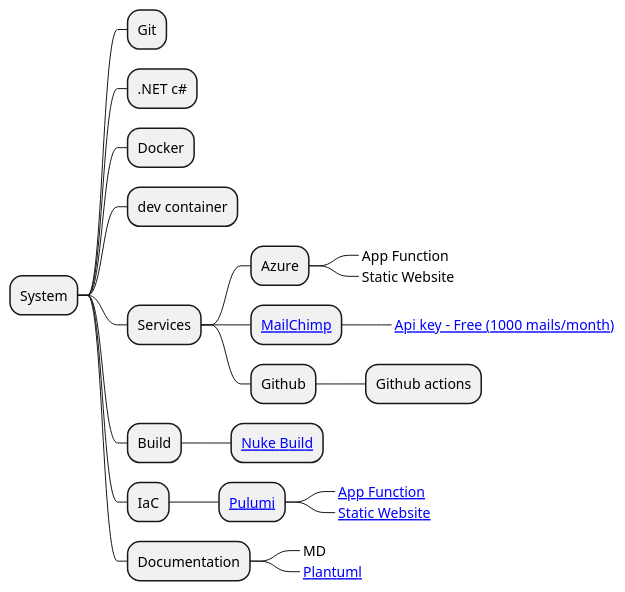
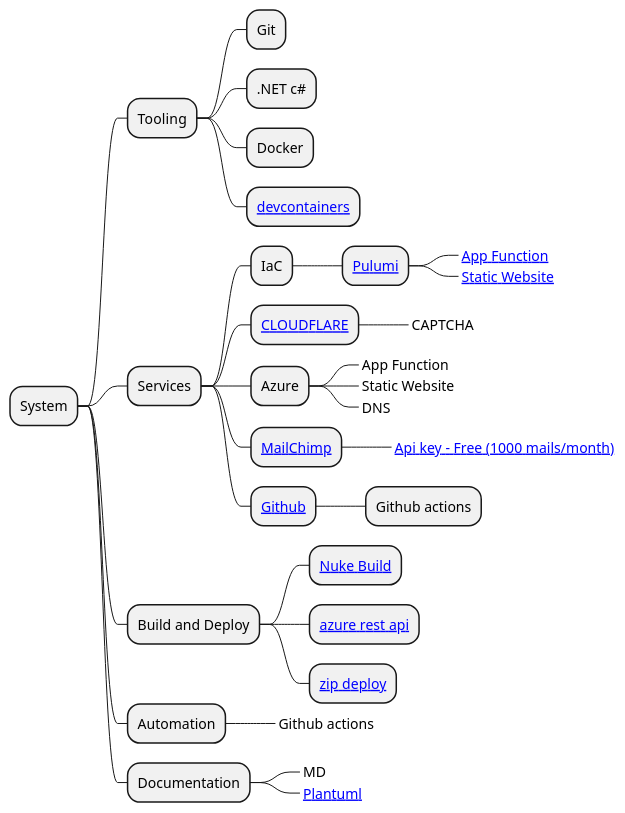
Before and after one commit to sukkergris/job-application: the diagram in Documentation/System-Overview.wsd, drawn with PlantUML. The commit also changed 1 other file, not shown here.

Commit message:
Updated sysetem overview with github and deploy

```diff
--- a/Documentation/System-Overview.wsd
+++ b/Documentation/System-Overview.wsd
@@ -1,26 +1,34 @@
 @startmindmap "System overview"
 * System
-** Git
-** .NET c#
-** Docker
-** dev container
+** Tooling
+*** Git
+*** .NET c#
+*** Docker
+*** [[https://code.visualstudio.com/docs/devcontainers/containers devcontainers]]
 ** Services
+*** IaC
+**** [[https://www.pulumi.com/ Pulumi]]
+*****_ [[https://www.pulumi.com/registry/packages/azure/api-docs/appservice/functionapp/ App Function]]
+*****_ [[https://www.pulumi.com/templates/static-website/azure/ Static Website]]
+*** [[https://www.cloudflare.com CLOUDFLARE]]
+****_ CAPTCHA
 *** Azure
 ****_ App Function
 ****_ Static Website
+****_ DNS
 *** [[https://mailchimp.com MailChimp]]
 ****_ [[https://us8.admin.mailchimp.com/account/client-key/ Api key - Free (1000 mails/month)]]
-*** Github
+*** [[https://github.com/ Github]]
 **** Github actions
-** Build
+** Build and Deploy
 *** [[https://nuke.build/ Nuke Build]]
-** IaC
-*** [[https://www.pulumi.com/ Pulumi]]
-****_ [[https://www.pulumi.com/registry/packages/azure/api-docs/appservice/functionapp/ App Function]]
-****_ [[https://www.pulumi.com/templates/static-website/azure/ Static Website]]
+*** [[https://learn.microsoft.com/en-us/rest/api/azure/ azure rest api]]
+*** [[https://learn.microsoft.com/en-us/azure/azure-functions/deployment-zip-push zip deploy]]
+** Automation
+***_ Github actions
 
 ** Documentation
 ***_ MD
 ***_ [[https://plantuml.com/ Plantuml]]
 
 @endmindmap
```
